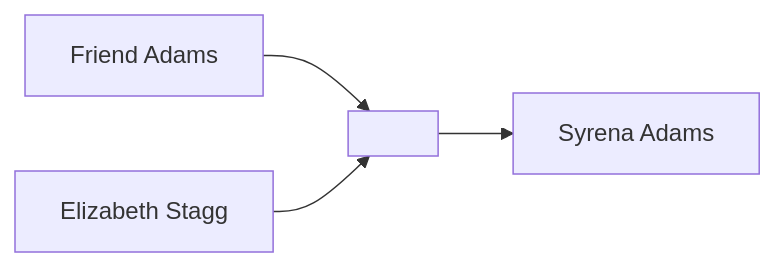
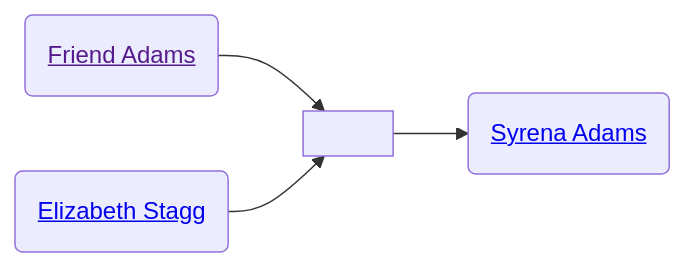
Before and after one commit to neelsmith/avocational: the diagram in familyhistory/sources/people/Merrill-line/White-line/Friend_Adams.qmd, drawn with Mermaid. The commit also changed 71 other files, not shown here.

````diff
--- a/familyhistory/sources/people/Merrill-line/White-line/Friend_Adams.qmd
+++ b/familyhistory/sources/people/Merrill-line/White-line/Friend_Adams.qmd
@@ -26,6 +26,11 @@
 ```{mermaid}
 graph LR
-Friend_Adams[Friend Adams] --> Friend_Adams+Elizabeth_Stagg[ ]
-Elizabeth_Stagg[Elizabeth Stagg] --> Friend_Adams+Elizabeth_Stagg[ ]
-Friend_Adams+Elizabeth_Stagg[ ] --> Syrena_Adams[Syrena Adams]
+class Friend_Adams_and_Elizabeth_Stagg marriage
+Friend_Adams(<a href=''>Friend Adams</>) --> Friend_Adams_and_Elizabeth_Stagg[ ]
+Elizabeth_Stagg(<a href='./Elizabeth_Stagg.html'>Elizabeth Stagg</>) --> Friend_Adams_and_Elizabeth_Stagg(( ))
+Friend_Adams_and_Elizabeth_Stagg[ ] --> Syrena_Adams(<a href='./Syrena_Adams.html'>Syrena Adams</>)
+classDef mother fill:#ffd1dc
+classDef father fill:#daf0f7  
+classDef marriage fill:#ffffff
+
 ```
````
